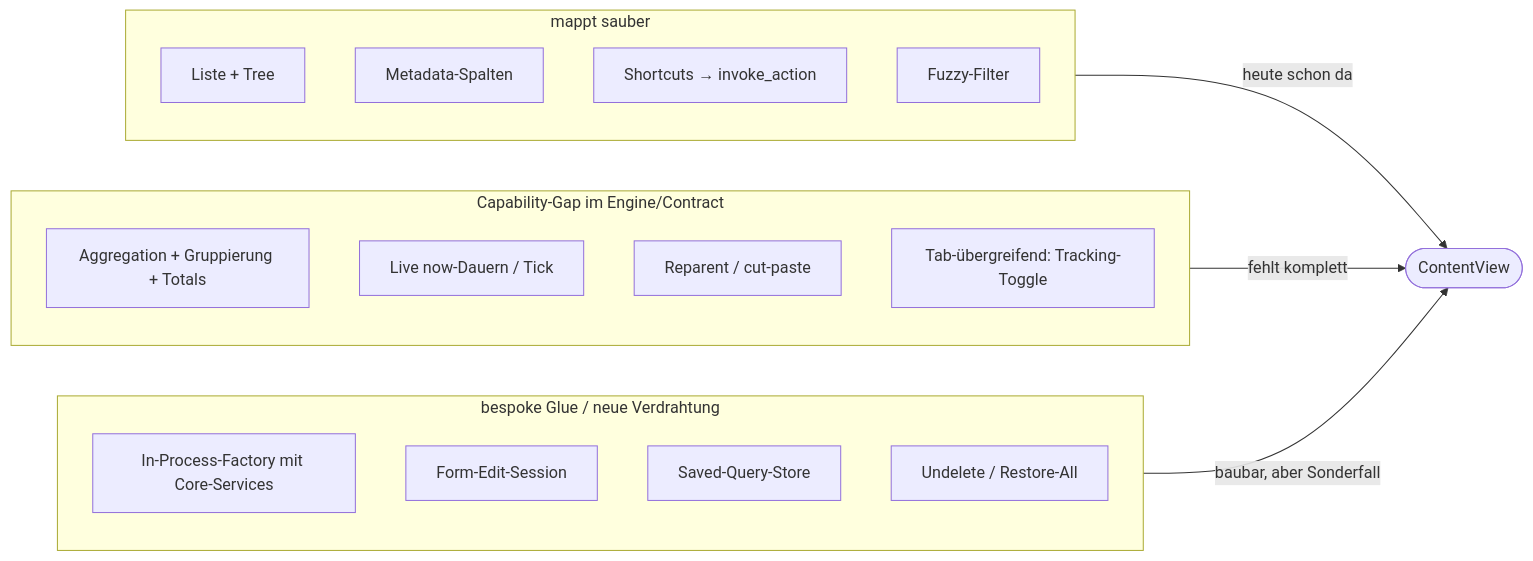
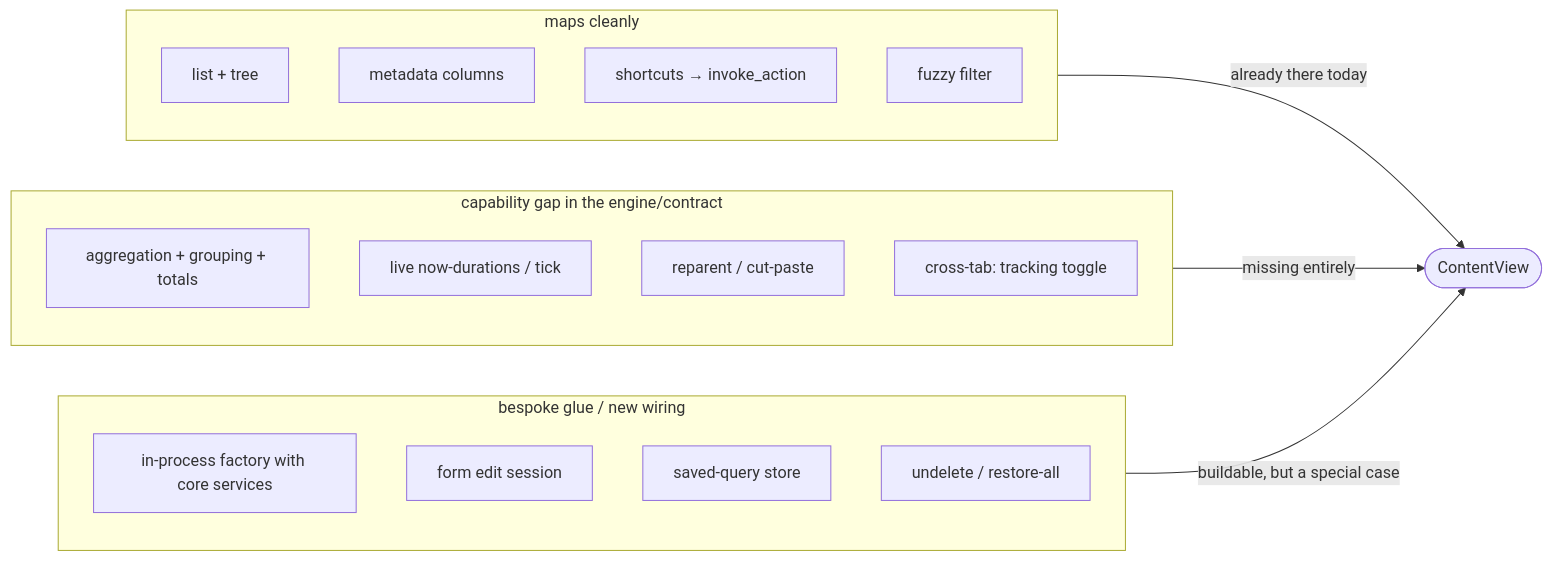
One commit to bschnitz/not-yet-done changed the diagram in docs/adapterize-tasks-trackings.md. Above: the diagram before and after it, drawn with Mermaid. The commit also changed other lines of this file and 1 other file, not shown here.

````diff
--- a/docs/adapterize-tasks-trackings.md
+++ b/docs/adapterize-tasks-trackings.md
@@ -150,24 +140,24 @@
 ```mermaid
 flowchart LR
-    subgraph maps[mappt sauber]
-        L[Liste + Tree]
-        C[Metadata-Spalten]
-        S[Shortcuts → invoke_action]
-        F[Fuzzy-Filter]
+    subgraph maps[maps cleanly]
+        L[list + tree]
+        C[metadata columns]
+        S[shortcuts → invoke_action]
+        F[fuzzy filter]
     end
-    subgraph gap[Capability-Gap im Engine/Contract]
-        AGG[Aggregation + Gruppierung + Totals]
-        LIVE[Live now-Dauern / Tick]
-        MOVE[Reparent / cut-paste]
-        XTAB[Tab-übergreifend: Tracking-Toggle]
+    subgraph gap[capability gap in the engine/contract]
+        AGG[aggregation + grouping + totals]
+        LIVE[live now-durations / tick]
+        MOVE[reparent / cut-paste]
+        XTAB[cross-tab: tracking toggle]
     end
-    subgraph glue[bespoke Glue / neue Verdrahtung]
-        WIRE[In-Process-Factory mit Core-Services]
-        FORM[Form-Edit-Session]
-        SQ[Saved-Query-Store]
-        SD[Undelete / Restore-All]
+    subgraph glue[bespoke glue / new wiring]
+        WIRE[in-process factory with core services]
+        FORM[form edit session]
+        SQ[saved-query store]
+        SD[undelete / restore-all]
     end
-    maps -->|heute schon da| OK([ContentView])
-    gap -->|fehlt komplett| OK
-    glue -->|baubar, aber Sonderfall| OK
+    maps -->|already there today| OK([ContentView])
+    gap -->|missing entirely| OK
+    glue -->|buildable, but a special case| OK
 ```
````
